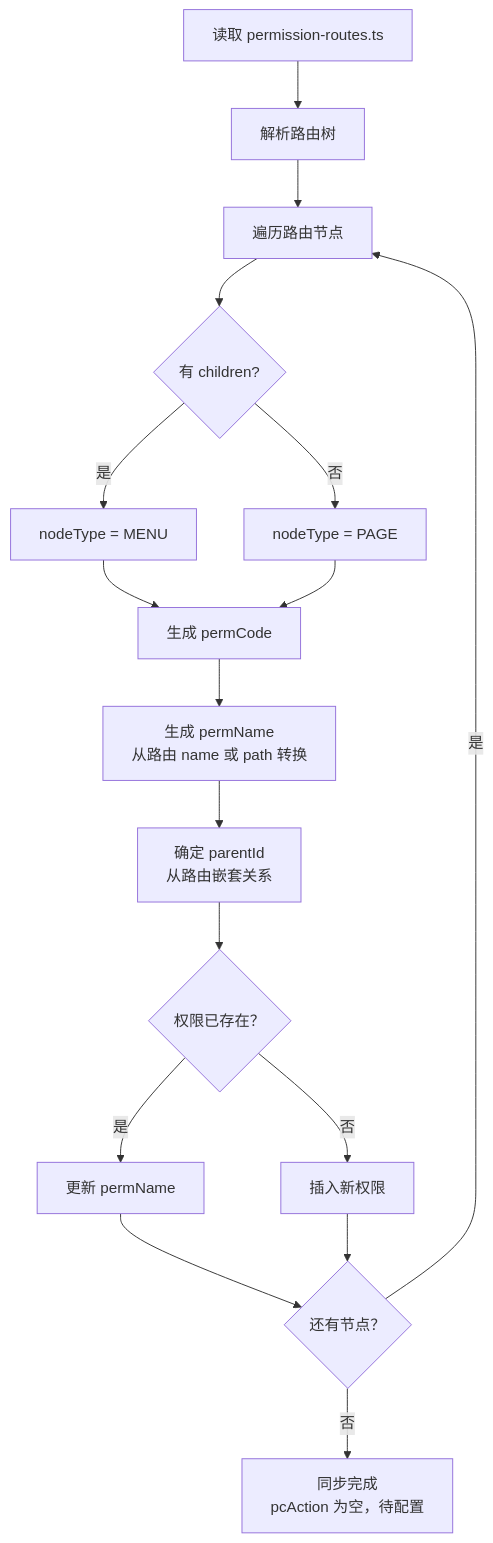
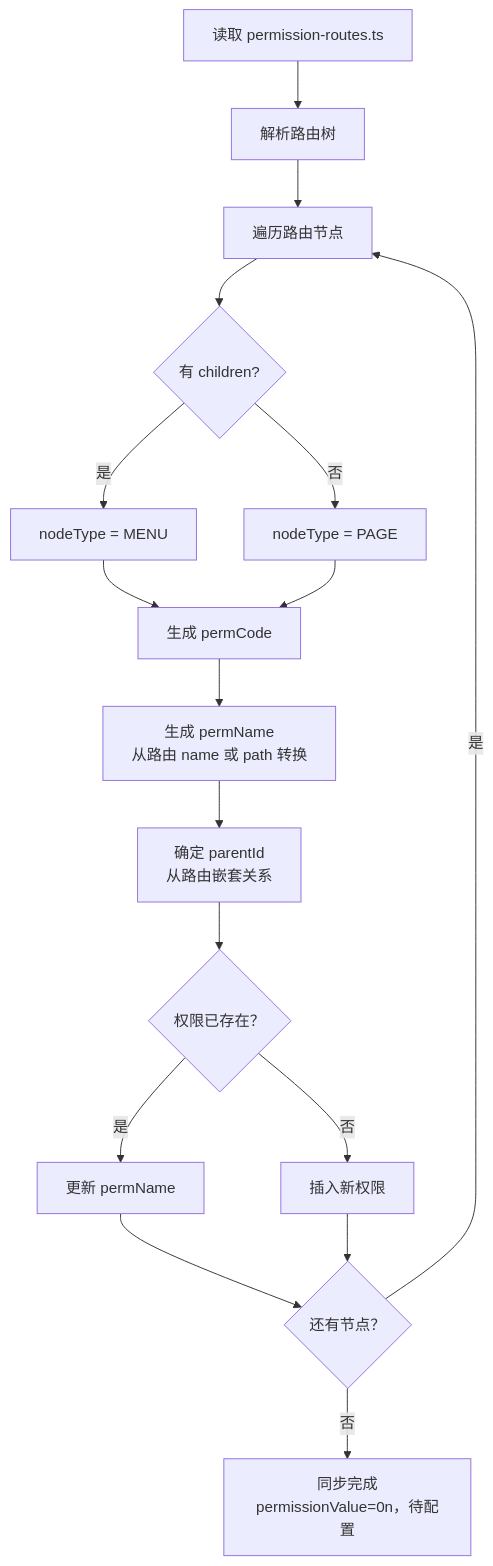
One commit to huyumo/moyan-mfw changed the diagram in docs/tracking/PC-PERMISSION-SYNC-PLAN.md. Above: the diagram before and after it, drawn with Mermaid. The commit also changed other lines of this file and 28 other files, not shown here.

````diff
--- a/docs/tracking/PC-PERMISSION-SYNC-PLAN.md
+++ b/docs/tracking/PC-PERMISSION-SYNC-PLAN.md
@@ -145,19 +154,19 @@
 ```mermaid
 flowchart TD
     A[读取 permission-routes.ts] --> B[解析路由树]
     B --> C[遍历路由节点]
     C --> D{有 children?}
     D -->|是 | E[nodeType = MENU]
     D -->|否 | F[nodeType = PAGE]
     E --> G[生成 permCode]
     F --> G
     G --> H[生成 permName<br/>从路由 name 或 path 转换]
     H --> I[确定 parentId<br/>从路由嵌套关系]
     I --> J{权限已存在？}
     J -->|是 | K[更新 permName]
     J -->|否 | L[插入新权限]
     K --> M{还有节点？}
     L --> M
     M -->|是 | C
-    M -->|否 | N[同步完成<br/>pcAction 为空，待配置]
+    M -->|否 | N[同步完成<br/>permissionValue=0n，待配置]
 ```
````
